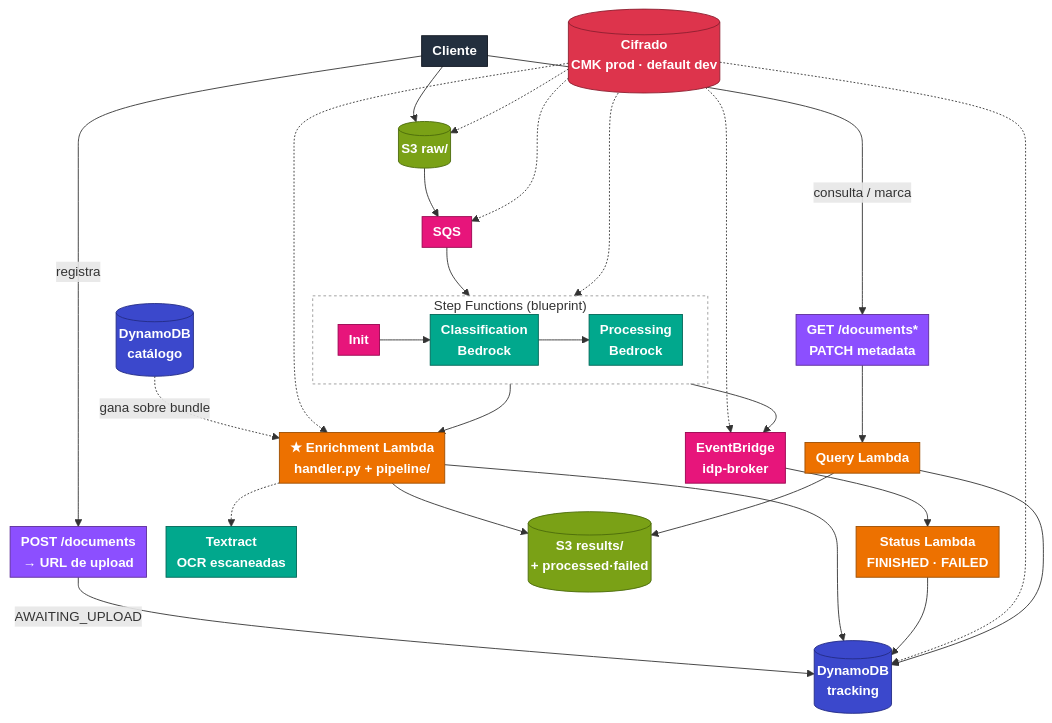
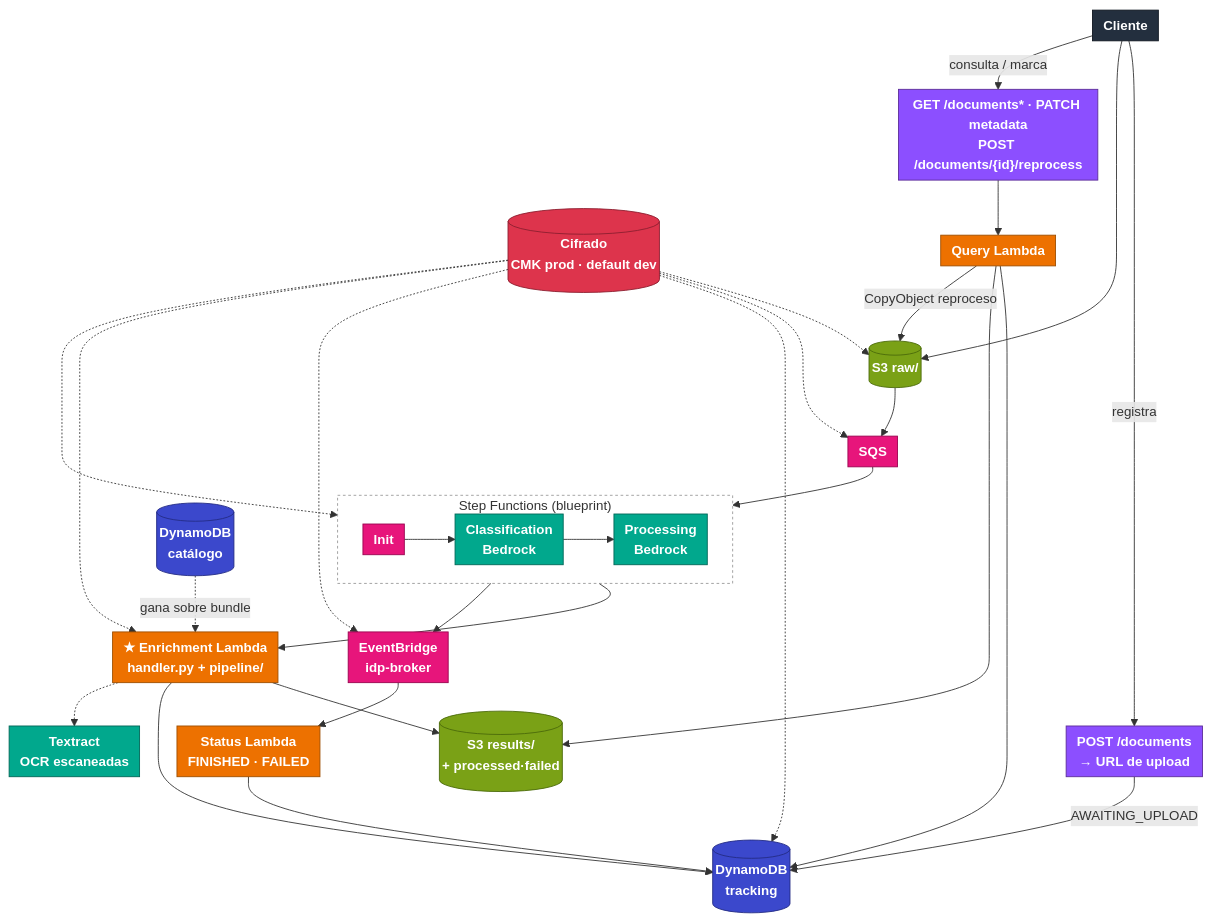
One commit to LuisHM5/idp changed the diagram in documentacion/diagrams/arquitectura-aws.mmd. Above: the diagram before and after it, drawn with Mermaid. The commit also changed 84 other files, not shown here.

```diff
--- a/documentacion/diagrams/arquitectura-aws.mmd
+++ b/documentacion/diagrams/arquitectura-aws.mmd
@@ -1,59 +1,60 @@
 %%{init: {'flowchart': {'nodeSpacing': 22, 'rankSpacing': 32, 'padding': 6, 'curve': 'basis'}, 'themeVariables': {'fontSize': '15px'}}}%%
 flowchart TB
     CLIENTE["Cliente"]:::client
 
     UP["POST /documents<br/>→ URL de upload"]:::network
-    QG["GET /documents*<br/>PATCH metadata"]:::network
+    QG["GET /documents* · PATCH metadata<br/>POST /documents/{id}/reprocess"]:::network
 
     RAW[("S3 raw/")]:::storage
     SQS["SQS"]:::integration
 
     subgraph SFN["Step Functions (blueprint)"]
         direction LR
         INIT["Init"] --> CLS["Classification<br/>Bedrock"] --> PROC["Processing<br/>Bedrock"]
     end
 
     LAMBDA["★ Enrichment Lambda<br/>handler.py + pipeline/"]:::compute
     TX["Textract<br/>OCR escaneadas"]:::ml
 
     RES[("S3 results/<br/>+ processed·failed")]:::storage
     DDBT[("DynamoDB<br/>tracking")]:::database
     DDBC[("DynamoDB<br/>catálogo")]:::database
     EB["EventBridge<br/>idp-broker"]:::integration
     STATUS["Status Lambda<br/>FINISHED · FAILED"]:::compute
     KMSN[("Cifrado<br/>CMK prod · default dev")]:::security
     QL["Query Lambda"]:::compute
 
     CLIENTE -->|"registra"| UP
     UP -->|"AWAITING_UPLOAD"| DDBT
     CLIENTE --> RAW
     RAW --> SQS --> SFN --> LAMBDA
     LAMBDA --> RES
     LAMBDA --> DDBT
     SFN --> EB
     EB --> STATUS --> DDBT
     LAMBDA -.-> TX
     DDBC -.->|"gana sobre bundle"| LAMBDA
     KMSN -.-> RAW
     KMSN -.-> SQS
     KMSN -.-> SFN
     KMSN -.-> DDBT
     KMSN -.-> EB
     KMSN -.-> LAMBDA
 
     CLIENTE -->|"consulta / marca"| QG --> QL
     QL --> DDBT
     QL --> RES
+    QL -->|"CopyObject reproceso"| RAW
 
     classDef compute fill:#ED7100,stroke:#9D4E00,color:#fff,font-weight:bold
     classDef storage fill:#7AA116,stroke:#4B6B0B,color:#fff,font-weight:bold
     classDef database fill:#3B48CC,stroke:#232B85,color:#fff,font-weight:bold
     classDef integration fill:#E7157B,stroke:#99034F,color:#fff,font-weight:bold
     classDef network fill:#8C4FFF,stroke:#5C2D99,color:#fff,font-weight:bold
     classDef security fill:#DD344C,stroke:#8C1F30,color:#fff,font-weight:bold
     classDef ml fill:#01A88D,stroke:#016657,color:#fff,font-weight:bold
     classDef client fill:#232F3E,stroke:#0F1620,color:#fff,font-weight:bold
 
     class INIT integration
     class CLS,PROC ml
     style SFN fill:transparent,stroke:#999,stroke-width:1px,stroke-dasharray: 3 3,color:#333
```
